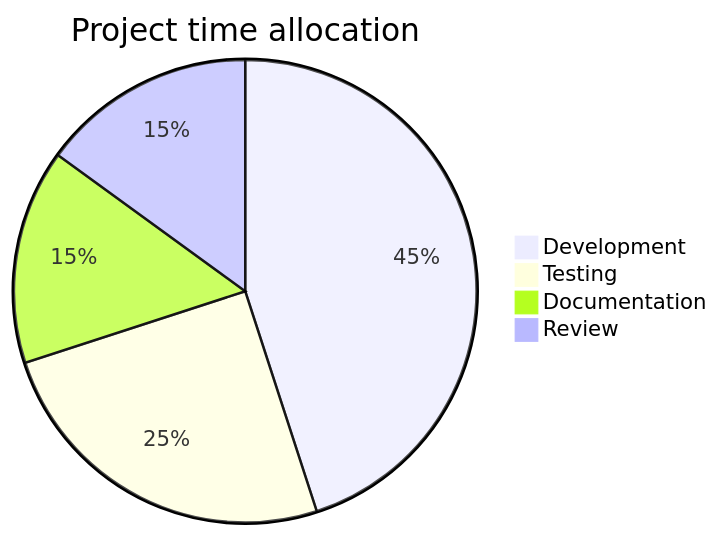
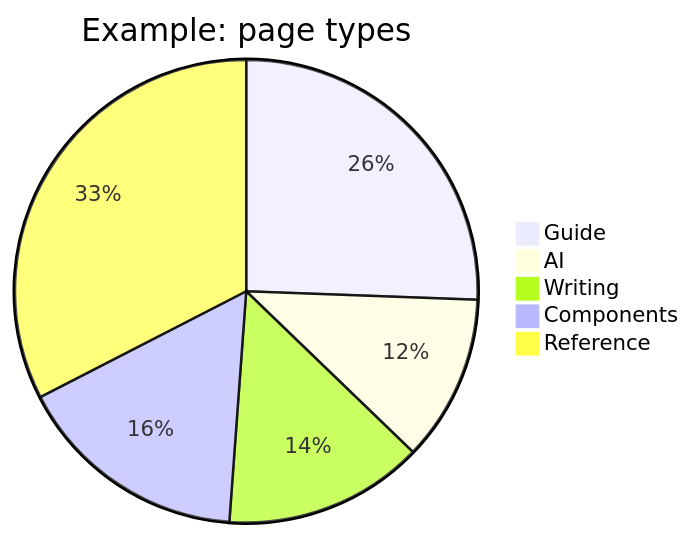
Before and after one commit to mhaibaraai/movk-nuxt-docs: the fifth of 7 diagrams in docs/content/en/docs/4.writing/5.mermaid.md, drawn with Mermaid. The commit also changed other lines of this file and 34 other files, not shown here.

````diff
--- a/docs/content/en/docs/4.writing/5.mermaid.md
+++ b/docs/content/en/docs/4.writing/5.mermaid.md
@@ -192,7 +164,8 @@
 ```mermaid
-pie title Project time allocation
-    "Development" : 45
-    "Testing" : 25
-    "Documentation" : 15
-    "Review" : 15
+pie title Example: page types
+    "Guide" : 11
+    "AI" : 5
+    "Writing" : 6
+    "Components" : 7
+    "Reference" : 14
 ```
````
